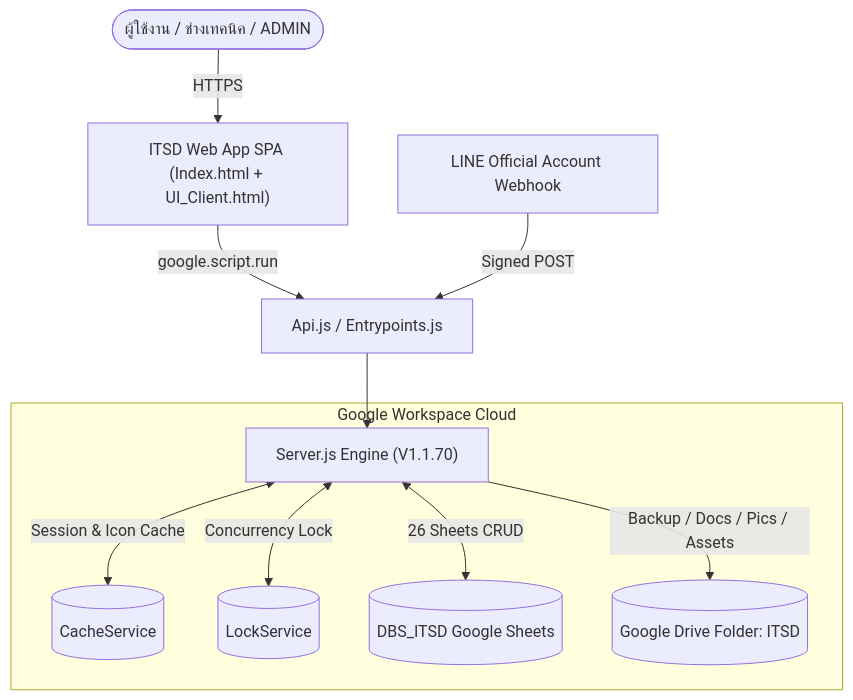
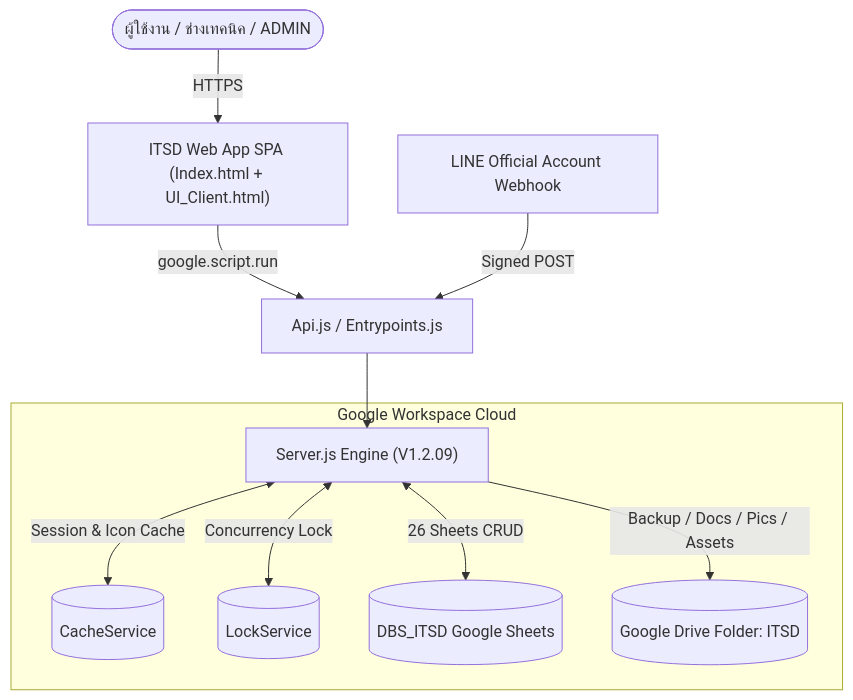
Before and after one commit to longzedesign-dotcom/ITServiceDesk: the first of 2 diagrams in README.md, drawn with Mermaid. The commit also changed other lines of this file, not shown here.

Commit message:
docs: align internal diagram and architecture labels to V1.2.09

````diff
--- a/README.md
+++ b/README.md
@@ -66,15 +66,15 @@
 ```mermaid
 flowchart TD
     User(["ผู้ใช้งาน / ช่างเทคนิค / ADMIN"]) -->|HTTPS| WebApp["ITSD Web App SPA (Index.html + UI_Client.html)"]
     WebApp -->|google.script.run| Facade["Api.js / Entrypoints.js"]
-    Facade --> Core["Server.js Engine (V1.1.70)"]
+    Facade --> Core["Server.js Engine (V1.2.09)"]
 
     subgraph Google["Google Workspace Cloud"]
         Core <-->|Session & Icon Cache| Cache[("CacheService")]
         Core <-->|Concurrency Lock| Lock[("LockService")]
         Core <-->|26 Sheets CRUD| Sheets[("DBS_ITSD Google Sheets")]
         Core -->|Backup / Docs / Pics / Assets| Drive[("Google Drive Folder: ITSD")]
     end
 
     LINE["LINE Official Account Webhook"] -->|Signed POST| Facade
 ```
````
